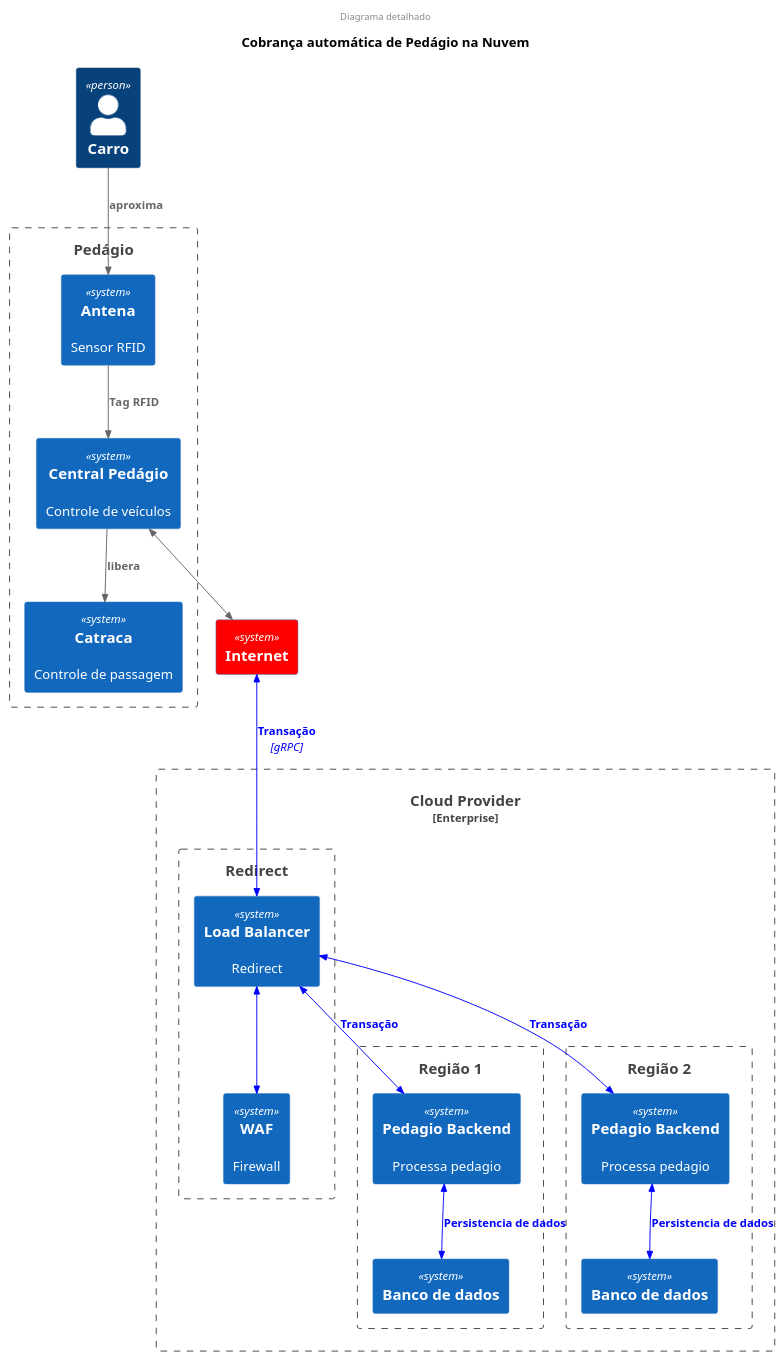
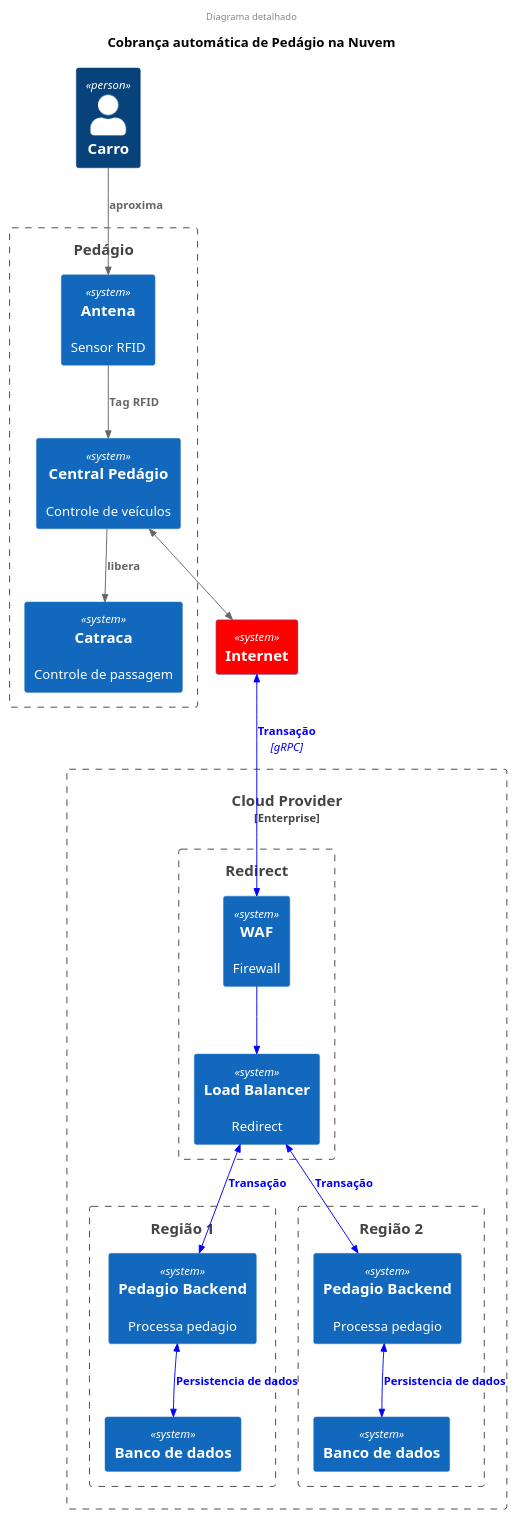
The diagram in diagram/diagrama-detalhe-sequencia.puml (dose-na-nuvem/pedagio-docs), drawn with PlantUML before and after one commit. The commit also changed 1 other file, not shown here.

Commit message:
fix: altera diagrama de entrada cloud provider

```diff
--- a/diagram/diagrama-detalhe-sequencia.puml
+++ b/diagram/diagrama-detalhe-sequencia.puml
@@ -1,57 +1,57 @@
 @startuml
 !include https://raw.githubusercontent.com/plantuml-stdlib/C4-PlantUML/master/C4_Container.puml
 
 title "Cobrança automática de Pedágio na Nuvem"
 header "Diagrama detalhado"
 
 Person(car, 'Carro',)
 
 Boundary(b0, "Pedágio") {
   System(rfid, "Antena", "Sensor RFID")
   System(catraca, "Catraca", "Controle de passagem")
   Rel(car, rfid, "aproxima")
 
   System(central, "Central Pedágio", "Controle de veículos")
   Rel(rfid, central, "Tag RFID")
 
   Rel(central, catraca, "libera")
 }
 
 System(internet, "Internet") #Red
 BiRel(central, internet,)
 
 UpdateRelStyle(car, rfid, $textColor="green", $lineColor="green", $offsetY="-40", $offsetX="-60")
 UpdateElementStyle(catraca, $fontColor="green", $bgColor="lightgrey", $borderColor="green")
 UpdateElementStyle(rfid, $fontColor="green", $bgColor="lightgrey", $borderColor="green")
 
 UpdateRelStyle(rfid, central, $textColor="blue", $lineColor="blue", $offsetY="-10", $offsetX="0")
 UpdateRelStyle(central, catraca, $textColor="blue", $lineColor="blue", $offsetY="-10", $offsetX="0")
 
 
 Enterprise_Boundary(nuvem, "Cloud Provider") {
   Boundary(rede, "Redirect"){
     System(lb,"Load Balancer","Redirect")
     System(waf,"WAF","Firewall")
-    BiRel(lb, waf,)
+    Rel(waf, lb,)
   }
 
 
   Boundary(region1, "Região 1") {
     System(pedagio1, "Pedagio Backend","Processa pedagio")
     System(db1, "Banco de dados")
 
     BiRel(lb, pedagio1, "Transação")
     BiRel(pedagio1, db1, "Persistencia de dados")
   }
 
-  BiRel(internet, lb, "Transação","gRPC")
+  BiRel(internet, waf, "Transação","gRPC")
 
   Boundary(region2, "Região 2") {
     System(pedagio2, "Pedagio Backend","Processa pedagio")
     System(db2, "Banco de dados")
 
     BiRel(lb, pedagio2, "Transação")
     BiRel(pedagio2, db2, "Persistencia de dados")
   }
 }
 @enduml
```
